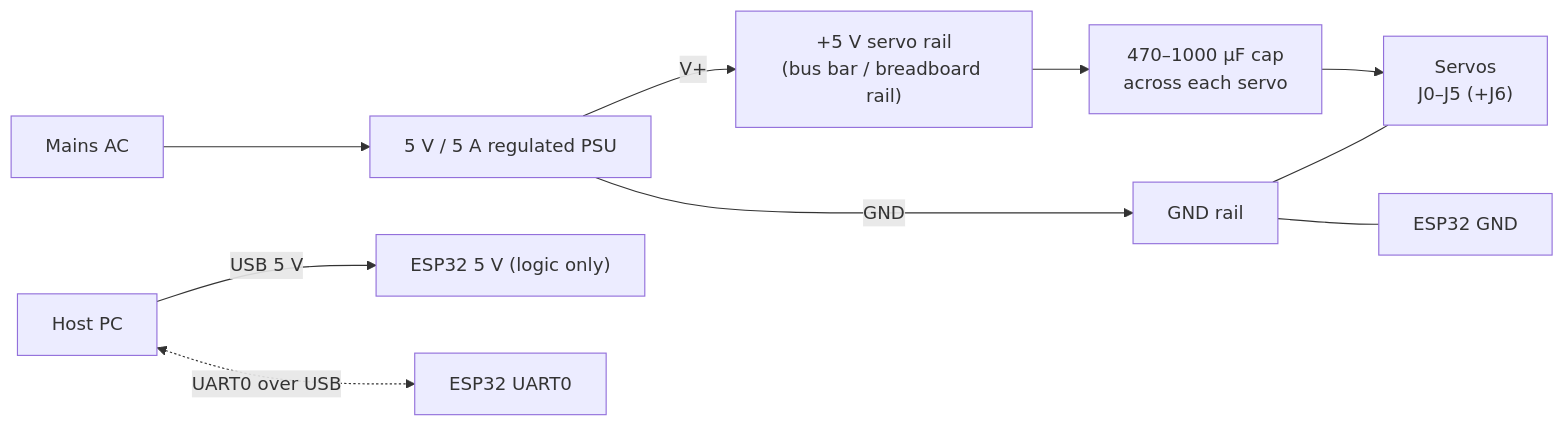
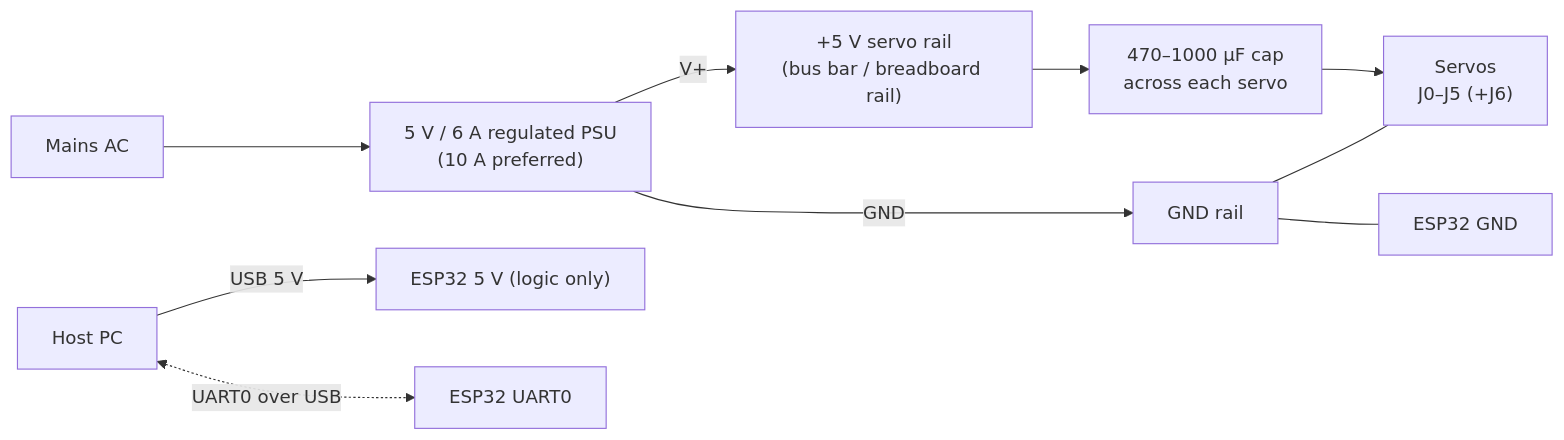
Before and after one commit to ianshank/Arm_Droid: the third of 3 diagrams in docs/architecture/WIRING.md, drawn with Mermaid. The commit also changed other lines of this file, not shown here.

````diff
--- a/docs/architecture/WIRING.md
+++ b/docs/architecture/WIRING.md
@@ -163,15 +182,15 @@
 ```mermaid
 flowchart LR
-    wall["Mains AC"] --> psu["5 V / 5 A regulated PSU"]
+    wall["Mains AC"] --> psu["5 V / 6 A regulated PSU<br/>(10 A preferred)"]
     psu -->|V+| busP["+5 V servo rail<br/>(bus bar / breadboard rail)"]
     psu -->|GND| busG["GND rail"]
 
     busP --> capA["470–1000 µF cap<br/>across each servo"]
     capA --> servos["Servos<br/>J0–J5 (+J6)"]
 
     busG --- esp_gnd["ESP32 GND"]
     busG --- servos
 
     pc["Host PC"] -->|USB 5 V| esp_v["ESP32 5 V (logic only)"]
     pc <-.->|UART0 over USB| esp_uart["ESP32 UART0"]
 ```
````
